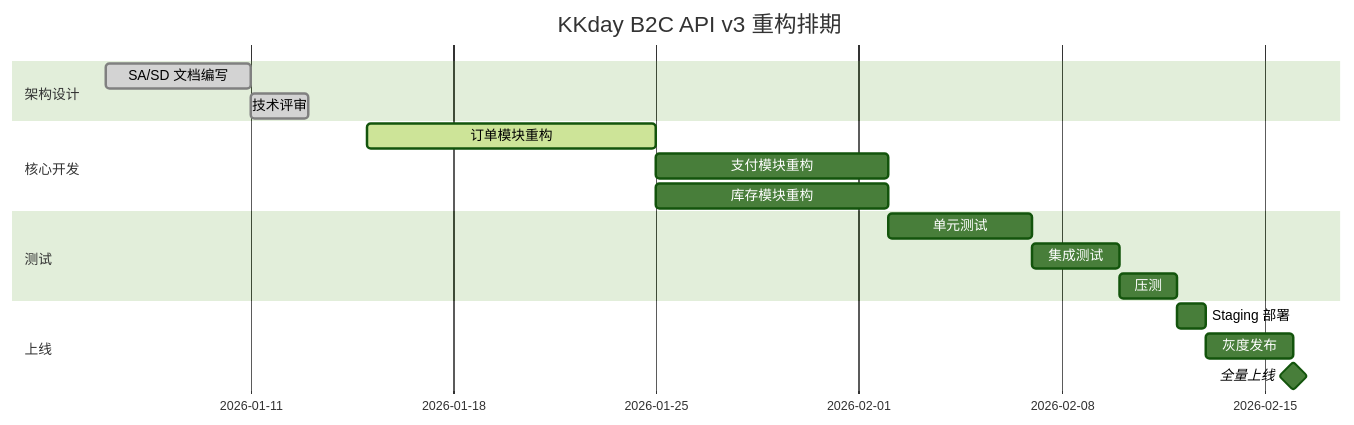
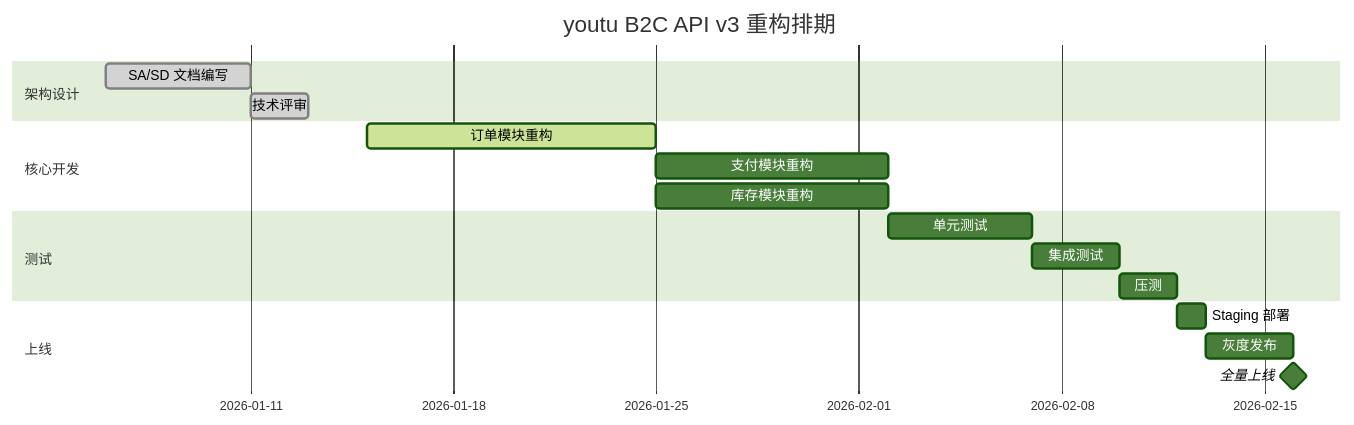
One commit to mikeah2011/mikeah2011.github.io changed diagram 13 of 21 in source/_posts/engineering/mermaid-guide-architecture.md. Above: the diagram before and after it, drawn with Mermaid (forest theme). The commit also changed other lines of this file and 350 other files, not shown here.

````diff
--- a/source/_posts/engineering/mermaid-guide-architecture.md
+++ b/source/_posts/engineering/mermaid-guide-architecture.md
@@ -650,20 +650,20 @@
 ```mermaid
 gantt
-    title KKday B2C API v3 重构排期
+    title youtu B2C API v3 重构排期
     dateFormat  YYYY-MM-DD
     section 架构设计
     SA/SD 文档编写           :done, sa1, 2026-01-06, 5d
     技术评审                 :done, sa2, after sa1, 2d
     section 核心开发
     订单模块重构             :active, dev1, 2026-01-15, 10d
     支付模块重构             :dev2, after dev1, 8d
     库存模块重构             :dev3, after dev1, 8d
     section 测试
     单元测试                 :test1, after dev2, 5d
     集成测试                 :test2, after test1, 3d
     压测                     :test3, after test2, 2d
     section 上线
     Staging 部署             :deploy1, after test3, 1d
     灰度发布                 :deploy2, after deploy1, 3d
     全量上线                 :milestone, after deploy2, 0d
 ```
````
